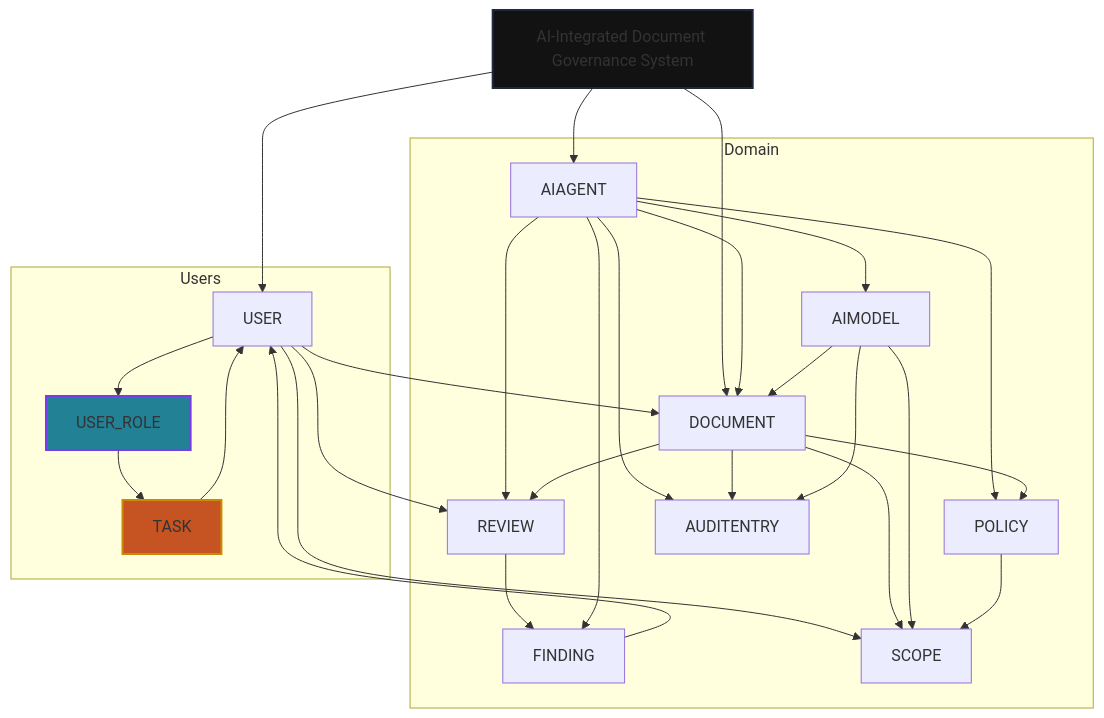
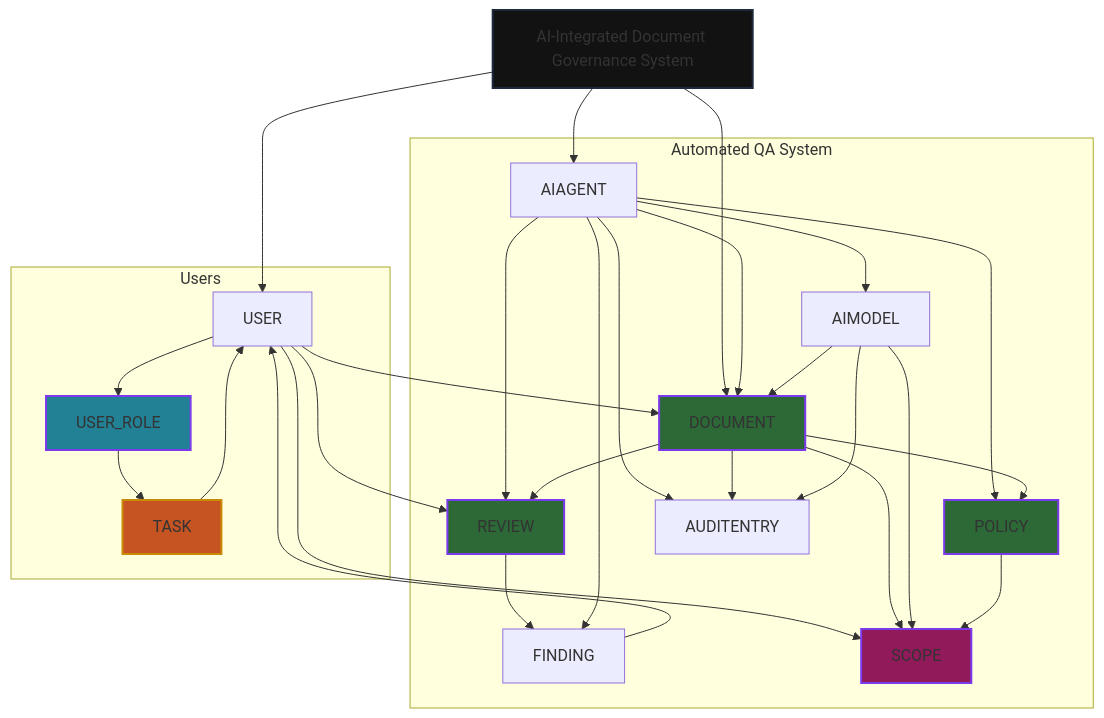
Before and after one commit to RudyMartin/genai-specs: the diagram in charts-flow-users.md, drawn with Mermaid.

````diff
--- a/charts-flow-users.md
+++ b/charts-flow-users.md
@@ -1,64 +1,72 @@
 ```mermaid
 graph TD
 
   %% === TITLE ===
   TITLE[AI-Integrated Document Governance System]
   TITLE --> USER
   TITLE --> AIAGENT
   TITLE --> DOCUMENT
 
   %% === USER AREA ===
   subgraph Users
     USER[USER]
     USER_ROLE[USER_ROLE]
     USER --> USER_ROLE
     USER_ROLE --> TASK
     TASK --> USER
   end
 
 
 
   %% === DOMAIN AREA ===
-  subgraph Domain
+  subgraph Automated QA System
     DOCUMENT[DOCUMENT]
     REVIEW[REVIEW]
     FINDING[FINDING]
     SCOPE[SCOPE]
     POLICY[POLICY]
     AUDITENTRY[AUDITENTRY]
     AIMODEL[AIMODEL]
 
     USER --> DOCUMENT
     USER --> REVIEW
     REVIEW --> FINDING
     FINDING --> USER
     USER --> SCOPE
 
     AIAGENT --> REVIEW
     AIAGENT --> DOCUMENT
     AIAGENT --> FINDING
     AIAGENT --> POLICY
     AIAGENT --> AUDITENTRY
     AIAGENT --> AIMODEL
 
     DOCUMENT --> REVIEW
     DOCUMENT --> SCOPE
     DOCUMENT --> POLICY
     DOCUMENT --> AUDITENTRY
 
     AIMODEL --> DOCUMENT
     AIMODEL --> SCOPE
     AIMODEL --> AUDITENTRY
     POLICY --> SCOPE
   end
 
   %% === STYLE CLASSES ===
   classDef titleStyle fill:#121212,stroke:#1e293b,stroke-width:2px;
   classDef taskStyle fill:#C55422,stroke:#ca8a04,stroke-width:2px;
   classDef roleStyle fill:#238196,stroke:#7c3aed,stroke-width:2px;
+  classDef documentStyle fill:#FFB400,stroke:#7c3aed,stroke-width:2px;
+  classDef reviewStyle fill:#2C6937,stroke:#7c3aed,stroke-width:2px;
+  classDef scopeStyle fill:#911A5B,stroke:#7c3aed,stroke-width:2px;
+
+
+
 
   %% === APPLY STYLES ===
   class TITLE titleStyle
   class TASK taskStyle
   class USER_ROLE,AIAGENT_ROLE roleStyle
+  class REVIEW,DOCUMENT,POLICY reviewStyle
+  class SCOPE scopeStyle
 ```
````
